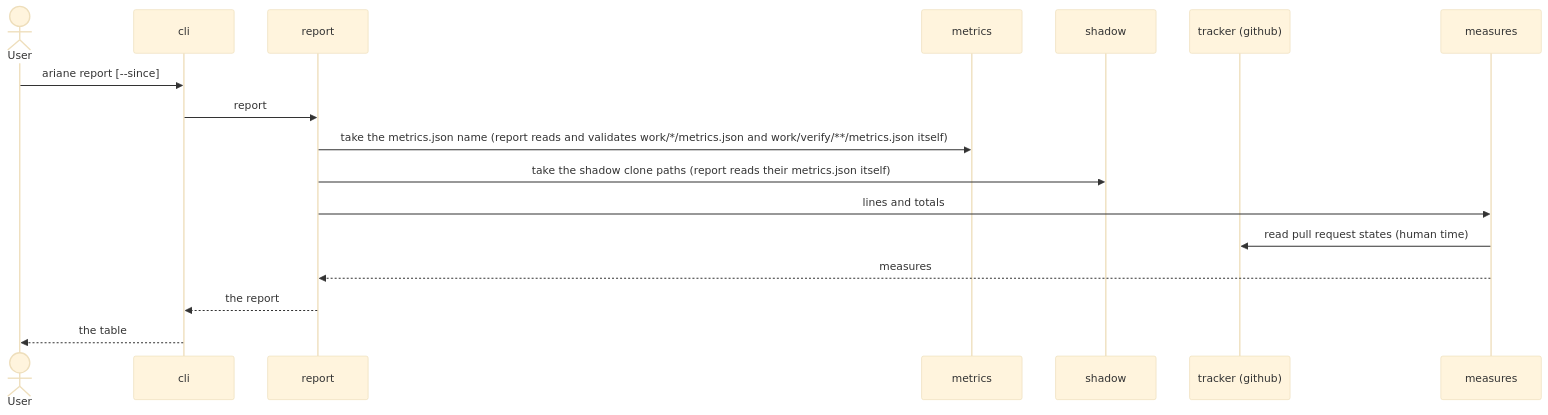
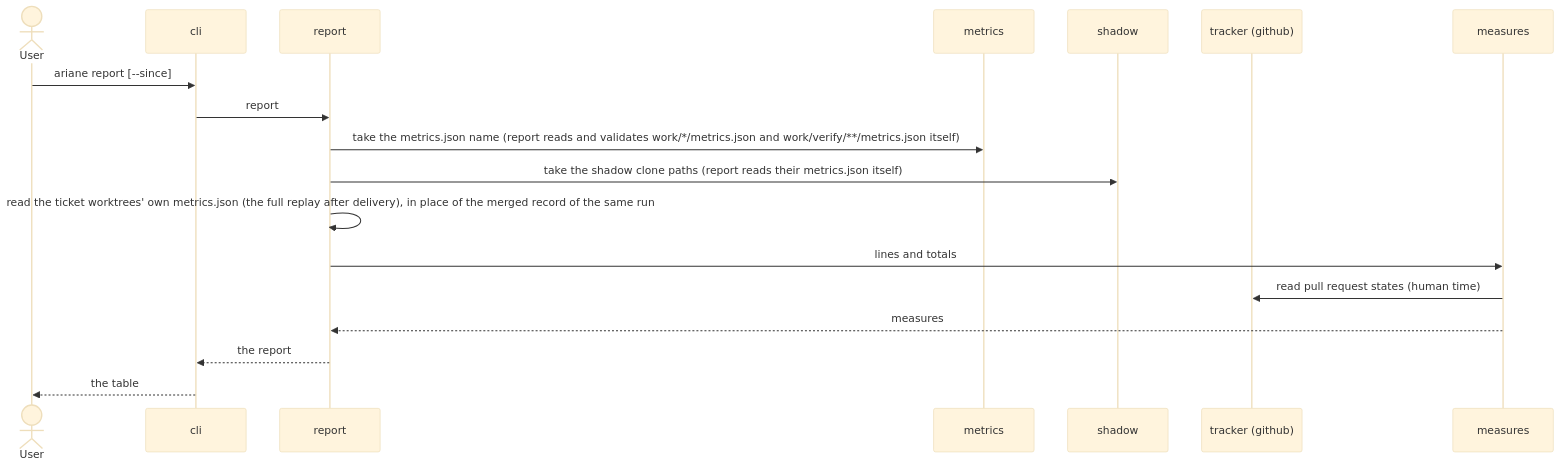
The fifth of 6 diagrams in docs/architecture/3-components.md (plaplanche/ariane), drawn with Mermaid (base theme) before and after one commit. The commit also changed 9 other files, not shown here.

````diff
--- a/docs/architecture/3-components.md
+++ b/docs/architecture/3-components.md
@@ -344,19 +344,20 @@
 ```mermaid
 sequenceDiagram
   actor U as User
   participant CLI as cli
   participant P as report
   participant M as metrics
   participant H as shadow
   participant T as tracker (github)
   participant E as measures
   U->>CLI: ariane report [--since]
   CLI->>P: report
   P->>M: take the metrics.json name (report reads and validates work/*/metrics.json and work/verify/**/metrics.json itself)
   P->>H: take the shadow clone paths (report reads their metrics.json itself)
+  P->>P: read the ticket worktrees' own metrics.json (the full replay after delivery), in place of the merged record of the same run
   P->>E: lines and totals
   E->>T: read pull request states (human time)
   E-->>P: measures
   P-->>CLI: the report
   CLI-->>U: the table
 ```
````
